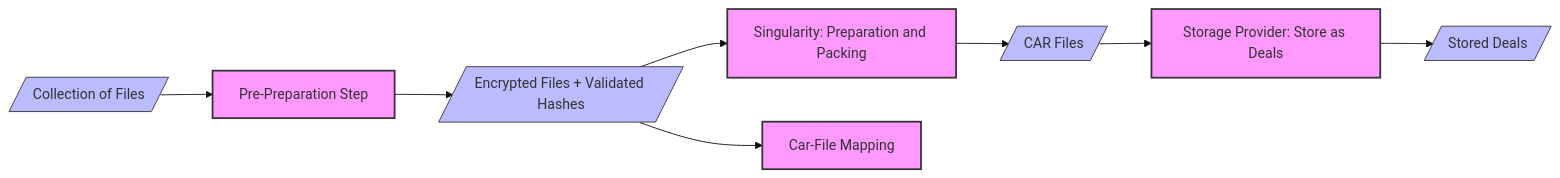
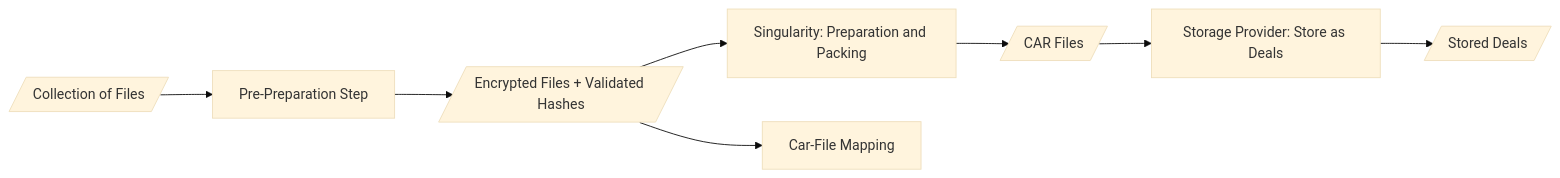
The diagram in README.md (starlinglab/car-content-locator), drawn with Mermaid (base theme) before and after one commit.

````diff
--- a/README.md
+++ b/README.md
@@ -7,24 +7,17 @@
 ```mermaid
 flowchart LR
     %% Data Input
     A[/Collection of Files/] --> B[Pre-Preparation Step]
     
     %% Processing Pipeline
     B --> C[/Encrypted Files + Validated Hashes/]
     C --> D[Singularity: Preparation and Packing]
     D --> E[/CAR Files/]
     E --> F[Storage Provider: Store as Deals]
     
     %% Metadata Tracking
     C --> H[Car-File Mapping]
     
     %% Final Storage
     F --> G[/Stored Deals/]
-    
-    %% Styling
-    classDef process fill:#f9f,stroke:#333,stroke-width:2px
-    classDef data fill:#bbf,stroke:#333,stroke-width:1px
-    
-    class B,D,F,H process
-    class A,C,E,G data
 ```
````
